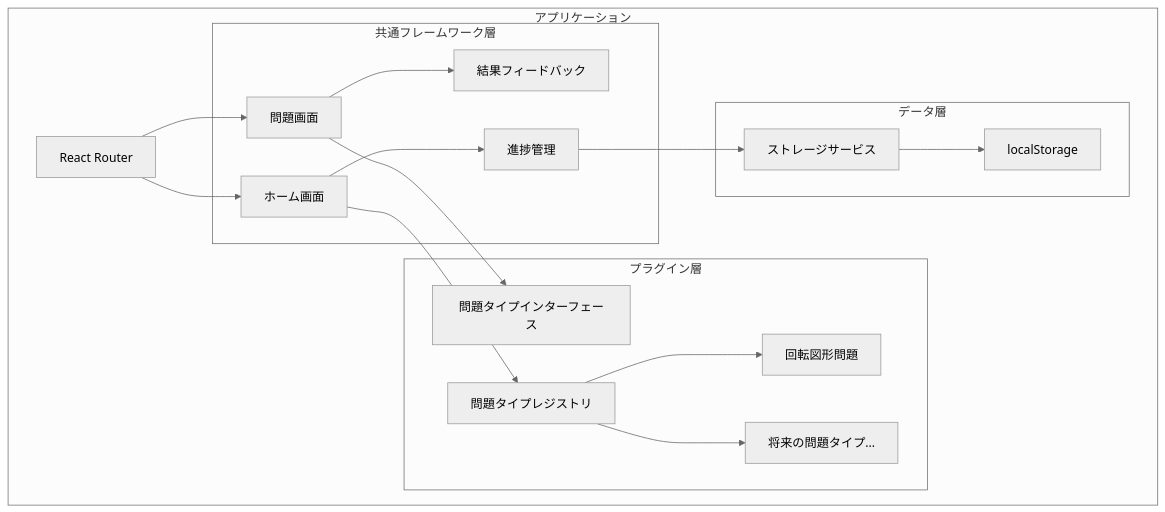
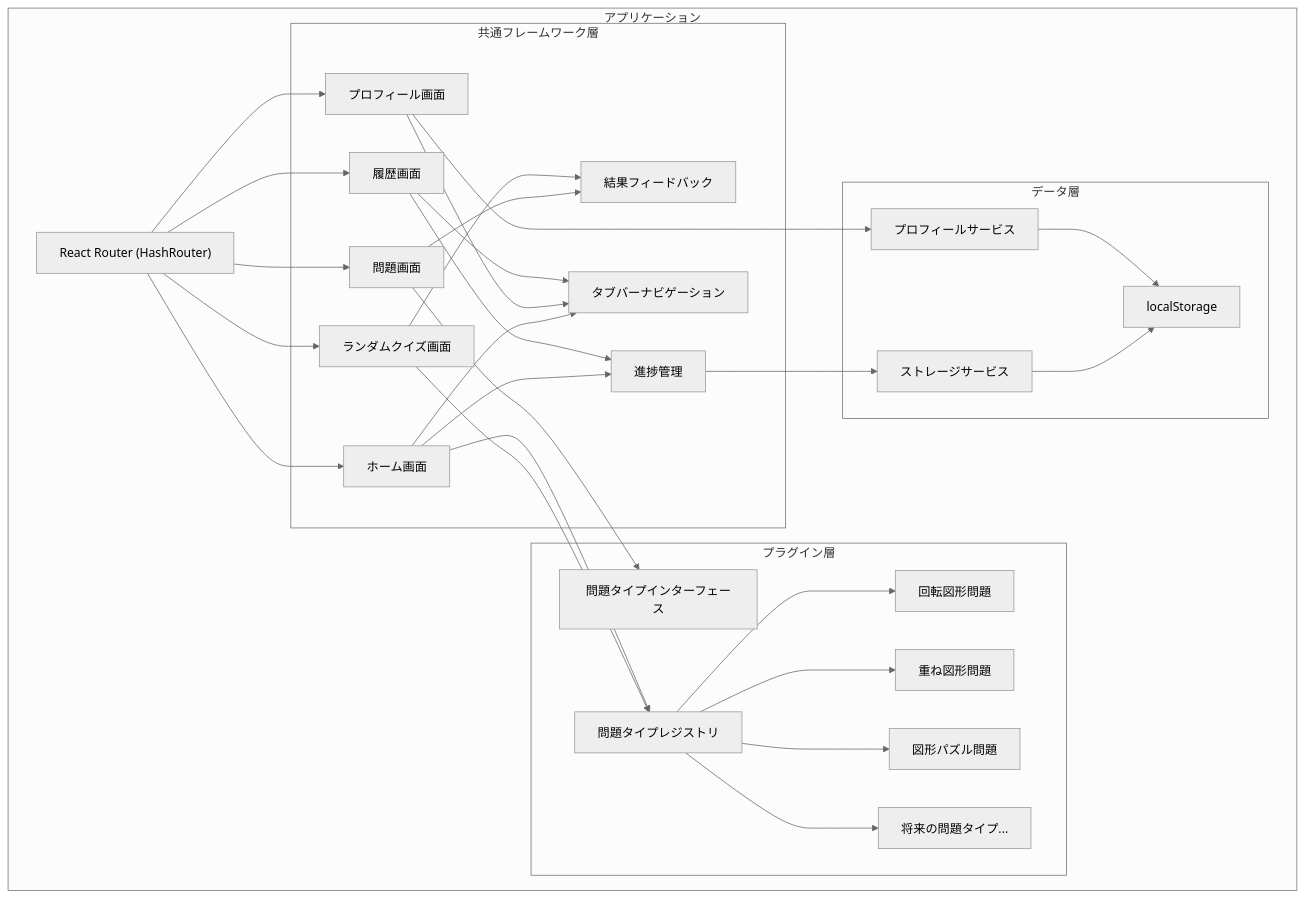
Before and after one commit to motani-info/minatore: the first of 8 diagrams in .kiro/specs/elementary-exam-app/design.md, drawn with Mermaid (neutral theme). The commit also changed other lines of this file and 89 other files, not shown here.

````diff
--- a/.kiro/specs/elementary-exam-app/design.md
+++ b/.kiro/specs/elementary-exam-app/design.md
@@ -32,36 +33,56 @@
 ```mermaid
 graph TB
     subgraph App["アプリケーション"]
-        Router["React Router"]
+        Router["React Router (HashRouter)"]
         
         subgraph Framework["共通フレームワーク層"]
             HomeScreen["ホーム画面"]
             QuestionScreen["問題画面"]
+            RandomQuizScreen["ランダムクイズ画面"]
+            ProfileScreen["プロフィール画面"]
+            HistoryScreen["履歴画面"]
             FeedbackSystem["結果フィードバック"]
             ProgressManager["進捗管理"]
+            TabBar["タブバーナビゲーション"]
         end
         
         subgraph PluginLayer["プラグイン層"]
             Registry["問題タイプレジストリ"]
             Interface["問題タイプインターフェース"]
             RotationPlugin["回転図形問題"]
+            OverlayPlugin["重ね図形問題"]
+            PuzzlePlugin["図形パズル問題"]
             FuturePlugin["将来の問題タイプ..."]
         end
         
         subgraph DataLayer["データ層"]
             StorageService["ストレージサービス"]
+            ProfileService["プロフィールサービス"]
             LocalStorage["localStorage"]
         end
     end
     
     Router --> HomeScreen
     Router --> QuestionScreen
+    Router --> RandomQuizScreen
+    Router --> ProfileScreen
+    Router --> HistoryScreen
     QuestionScreen --> FeedbackSystem
+    RandomQuizScreen --> FeedbackSystem
     QuestionScreen --> Interface
+    RandomQuizScreen --> Registry
     HomeScreen --> Registry
     HomeScreen --> ProgressManager
+    HomeScreen --> TabBar
+    ProfileScreen --> TabBar
+    HistoryScreen --> TabBar
+    HistoryScreen --> ProgressManager
     Registry --> RotationPlugin
+    Registry --> OverlayPlugin
+    Registry --> PuzzlePlugin
     Registry --> FuturePlugin
     ProgressManager --> StorageService
+    ProfileScreen --> ProfileService
     StorageService --> LocalStorage
+    ProfileService --> LocalStorage
 ```
````
